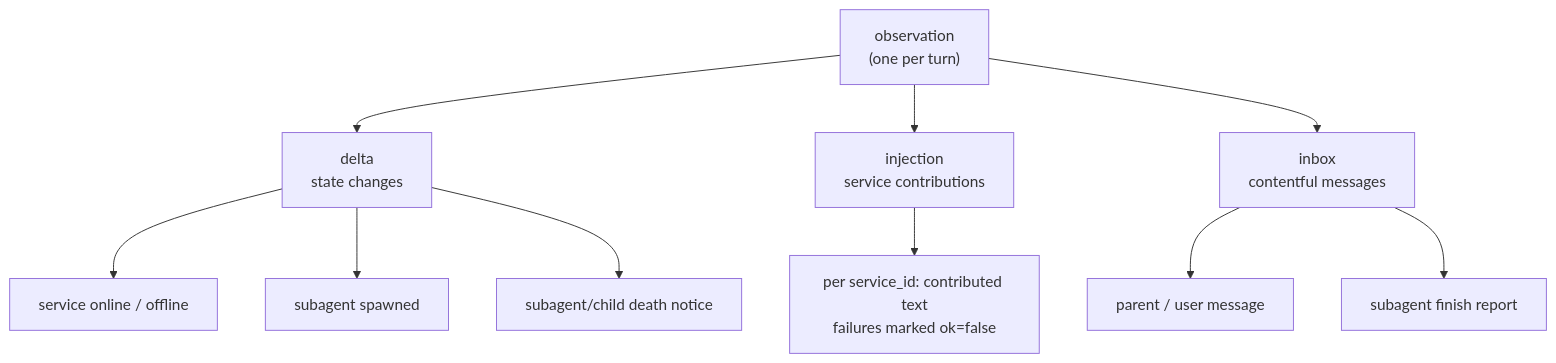
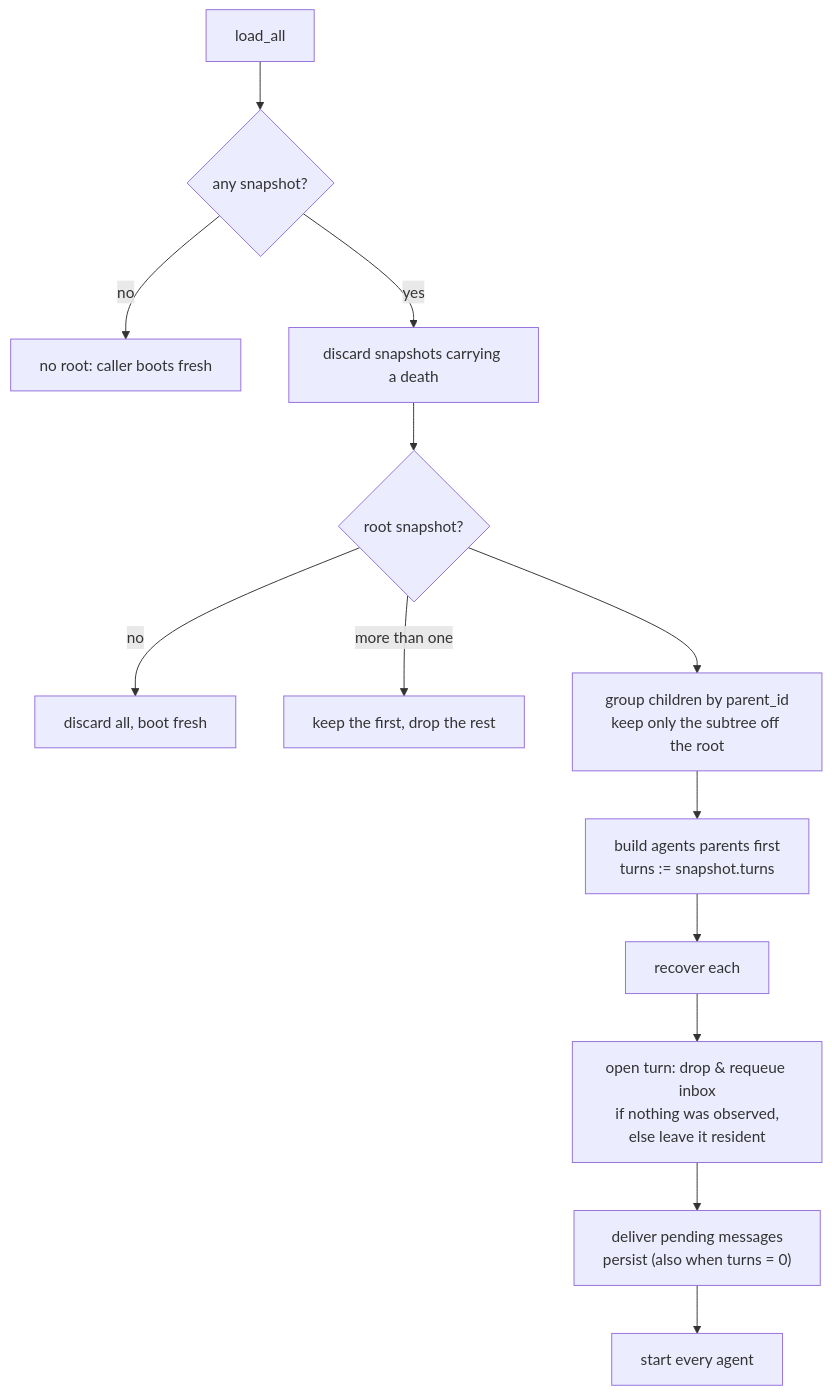
The fifth of 7 diagrams in docs/for-contributors/architecture.md (DarkSpaceY/NAN-itself), drawn with Mermaid before and after one commit. The commit also changed other lines of this file and 14 other files, not shown here.

````diff
--- a/docs/for-contributors/architecture.md
+++ b/docs/for-contributors/architecture.md
@@ -144,13 +362,15 @@
 ```mermaid
-flowchart TB
-    O["observation<br/>(one per turn)"]
-    O --> D["delta<br/>state changes"]
-    O --> I["injection<br/>service contributions"]
-    O --> X["inbox<br/>contentful messages"]
-    D --> D1["service online / offline"]
-    D --> D2["subagent spawned"]
-    D --> D3["subagent/child death notice"]
-    I --> I1["per service_id: contributed text<br/>failures marked ok=false"]
-    X --> X1["parent / user message"]
-    X --> X2["subagent finish report"]
+flowchart TD
+    L["load_all"] --> E{"any snapshot?"}
+    E -->|no| F["no root: caller boots fresh"]
+    E -->|yes| D["discard snapshots carrying a death"]
+    D --> R{"root snapshot?"}
+    R -->|no| F2["discard all, boot fresh"]
+    R -->|"more than one"| R2["keep the first, drop the rest"]
+    R --> T["group children by parent_id<br/>keep only the subtree off the root"]
+    T --> B["build agents parents first<br/>turns := snapshot.turns"]
+    B --> C["recover each"]
+    C --> C1["open turn: drop & requeue inbox<br/>if nothing was observed,<br/>else leave it resident"]
+    C1 --> C2["deliver pending messages<br/>persist (also when turns = 0)"]
+    C2 --> G["start every agent"]
 ```
````
